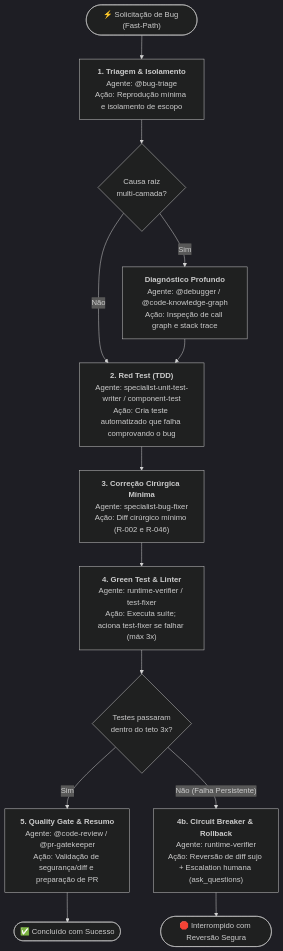
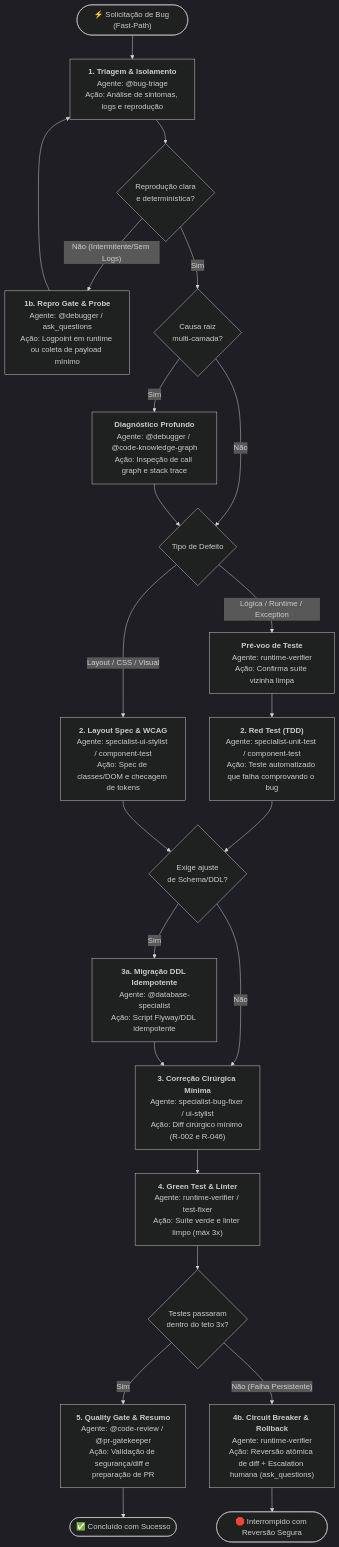
Before and after one commit to jezreel8858/deep-agents-copilot: the second of 7 diagrams in .github/agents/workflows.md, drawn with Mermaid (dark theme). The commit also changed other lines of this file and 2 other files, not shown here.

````diff
--- a/.github/agents/workflows.md
+++ b/.github/agents/workflows.md
@@ -51,20 +51,32 @@
 ```mermaid
 flowchart TD
-    Start(["⚡ Solicitação de Bug (Fast-Path)"]) --> Triage["<b>1. Triagem & Isolamento</b><br/>Agente: @bug-triage<br/>Ação: Reprodução mínima e isolamento de escopo"]
+    Start(["⚡ Solicitação de Bug (Fast-Path)"]) --> Triage["<b>1. Triagem & Isolamento</b><br/>Agente: @bug-triage<br/>Ação: Análise de sintomas, logs e reprodução"]
 
-    Triage --> CheckDiag{"Causa raiz<br/>multi-camada?"}
+    Triage --> CheckRepro{"Reprodução clara<br/>e determinística?"}
+    CheckRepro -- "Não (Intermitente/Sem Logs)" --> ReproGate["<b>1b. Repro Gate & Probe</b><br/>Agente: @debugger / ask_questions<br/>Ação: Logpoint em runtime ou coleta de payload mínimo"]
+    ReproGate --> Triage
+    CheckRepro -- "Sim" --> CheckDiag{"Causa raiz<br/>multi-camada?"}
+
     CheckDiag -- "Sim" --> Diagnosis["<b>Diagnóstico Profundo</b><br/>Agente: @debugger / @code-knowledge-graph<br/>Ação: Inspeção de call graph e stack trace"]
-    CheckDiag -- "Não" --> RedTest["<b>2. Red Test (TDD)</b><br/>Agente: specialist-unit-test-writer / component-test<br/>Ação: Cria teste automatizado que falha comprovando o bug"]
-    Diagnosis --> RedTest
+    CheckDiag -- "Não" --> CheckKind{"Tipo de Defeito"}
+    Diagnosis --> CheckKind
 
-    RedTest --> Fix["<b>3. Correção Cirúrgica Mínima</b><br/>Agente: specialist-bug-fixer<br/>Ação: Diff cirúrgico mínimo (R-002 e R-046)"]
+    CheckKind -- "Lógica / Runtime / Exception" --> BaselineLogic["<b>Pré-voo de Teste</b><br/>Agente: runtime-verifier<br/>Ação: Confirma suíte vizinha limpa"]
+    BaselineLogic --> RedTest["<b>2. Red Test (TDD)</b><br/>Agente: specialist-unit-test / component-test<br/>Ação: Teste automatizado que falha comprovando o bug"]
 
-    Fix --> GreenTest["<b>4. Green Test & Linter</b><br/>Agente: runtime-verifier / test-fixer<br/>Ação: Executa suíte; aciona test-fixer se falhar (máx 3x)"]
+    CheckKind -- "Layout / CSS / Visual" --> LayoutSpec["<b>2. Layout Spec & WCAG</b><br/>Agente: specialist-ui-stylist / component-test<br/>Ação: Spec de classes/DOM e checagem de tokens"]
+
+    RedTest & LayoutSpec --> CheckDB{"Exige ajuste<br/>de Schema/DDL?"}
+    CheckDB -- "Sim" --> DBMigration["<b>3a. Migração DDL Idempotente</b><br/>Agente: @database-specialist<br/>Ação: Script Flyway/DDL idempotente"]
+    CheckDB -- "Não" --> Fix["<b>3. Correção Cirúrgica Mínima</b><br/>Agente: specialist-bug-fixer / ui-stylist<br/>Ação: Diff cirúrgico mínimo (R-002 e R-046)"]
+    DBMigration --> Fix
+
+    Fix --> GreenTest["<b>4. Green Test & Linter</b><br/>Agente: runtime-verifier / test-fixer<br/>Ação: Suíte verde e linter limpo (máx 3x)"]
 
     GreenTest --> CheckPass{"Testes passaram<br/>dentro do teto 3x?"}
     CheckPass -- "Sim" --> QualityGate["<b>5. Quality Gate & Resumo</b><br/>Agente: @code-review / @pr-gatekeeper<br/>Ação: Validação de segurança/diff e preparação de PR"]
-    CheckPass -- "Não (Falha Persistente)" --> CircuitBreaker["<b>4b. Circuit Breaker & Rollback</b><br/>Agente: runtime-verifier<br/>Ação: Reversão de diff sujo + Escalation humana (ask_questions)"]
+    CheckPass -- "Não (Falha Persistente)" --> CircuitBreaker["<b>4b. Circuit Breaker & Rollback</b><br/>Agente: runtime-verifier<br/>Ação: Reversão atômica de diff + Escalation humana (ask_questions)"]
 
     QualityGate --> EndBug(["✅ Concluído com Sucesso"])
     CircuitBreaker --> EndFail(["🛑 Interrompido com Reversão Segura"])
 ```
````
